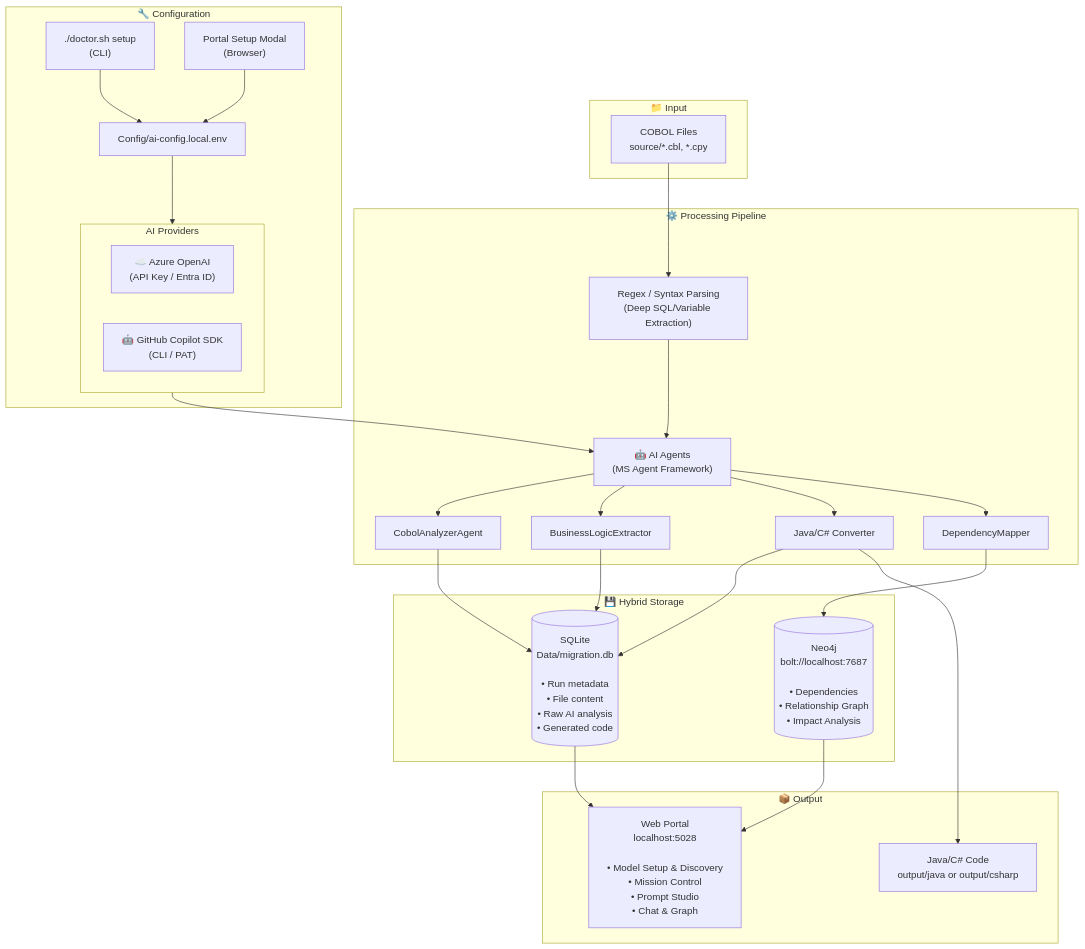
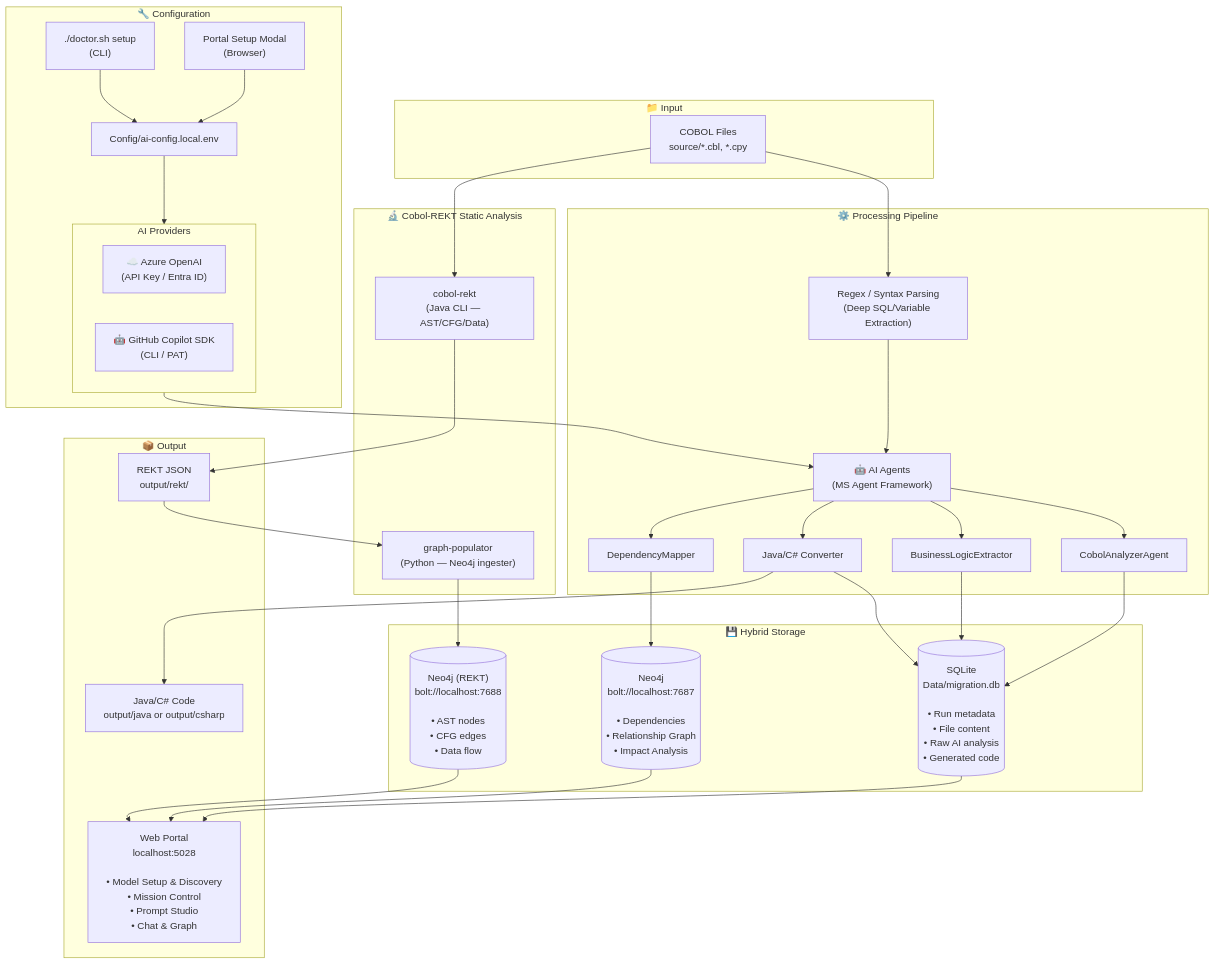
One commit to Azure-Samples/Legacy-Modernization-Agents changed the first of 6 diagrams in README.md. Above: the diagram before and after it, drawn with Mermaid. The commit also changed other lines of this file and 37 other files, not shown here.

Commit message:
feat: add Cobol-REKT integration, updated architecture, service installation guide, and .gitignore improvements

````diff
--- a/README.md
+++ b/README.md
@@ -503,55 +596,68 @@
 ```mermaid
 flowchart TB
     subgraph INPUT["📁 Input"]
         COBOL["COBOL Files<br/>source/*.cbl, *.cpy"]
     end
     
     subgraph CONFIG["🔧 Configuration"]
         SETUP_CLI["./doctor.sh setup<br/>(CLI)"]
         SETUP_PORTAL["Portal Setup Modal<br/>(Browser)"]
         SETUP_CLI --> CONFIG_FILE["Config/ai-config.local.env"]
         SETUP_PORTAL --> CONFIG_FILE
         CONFIG_FILE --> PROVIDERS
         subgraph PROVIDERS["AI Providers"]
             AZURE["☁️ Azure OpenAI<br/>(API Key / Entra ID)"]
             COPILOT["🤖 GitHub Copilot SDK<br/>(CLI / PAT)"]
         end
     end
 
     subgraph PROCESS["⚙️ Processing Pipeline"]
         REGEX["Regex / Syntax Parsing<br/>(Deep SQL/Variable Extraction)"]
         AGENTS["🤖 AI Agents<br/>(MS Agent Framework)"]
         ANALYZER["CobolAnalyzerAgent"]
         EXTRACTOR["BusinessLogicExtractor"]
         CONVERTER["Java/C# Converter"]
         MAPPER["DependencyMapper"]
     end
+
+    subgraph REKT["🔬 Cobol-REKT Static Analysis"]
+        REKT_CLI["cobol-rekt<br/>(Java CLI — AST/CFG/Data)"]
+        REKT_POP["graph-populator<br/>(Python — Neo4j ingester)"]
+    end
     
     subgraph STORAGE["💾 Hybrid Storage"]
         SQLITE[("SQLite<br/>Data/migration.db<br/><br/>• Run metadata<br/>• File content<br/>• Raw AI analysis<br/>• Generated code")]
         NEO4J[("Neo4j<br/>bolt://localhost:7687<br/><br/>• Dependencies<br/>• Relationship Graph<br/>• Impact Analysis")]
+        REKT_NEO4J[("Neo4j (REKT)<br/>bolt://localhost:7688<br/><br/>• AST nodes<br/>• CFG edges<br/>• Data flow")]
     end
     
     subgraph OUTPUT["📦 Output"]
         CODE["Java/C# Code<br/>output/java or output/csharp"]
+        REKT_JSON["REKT JSON<br/>output/rekt/"]
         PORTAL["Web Portal<br/>localhost:5028<br/><br/>• Model Setup &amp; Discovery<br/>• Mission Control<br/>• Prompt Studio<br/>• Chat &amp; Graph"]
     end
     
     COBOL --> REGEX
+    COBOL --> REKT_CLI
     REGEX --> AGENTS
     PROVIDERS --> AGENTS
     
     AGENTS --> ANALYZER
     AGENTS --> EXTRACTOR
     AGENTS --> CONVERTER
     AGENTS --> MAPPER
     
     ANALYZER --> SQLITE
     EXTRACTOR --> SQLITE
     CONVERTER --> SQLITE
     CONVERTER --> CODE
     MAPPER --> NEO4J
+
+    REKT_CLI --> REKT_JSON
+    REKT_JSON --> REKT_POP
+    REKT_POP --> REKT_NEO4J
     
     SQLITE --> PORTAL
     NEO4J --> PORTAL
+    REKT_NEO4J --> PORTAL
 ```
````
